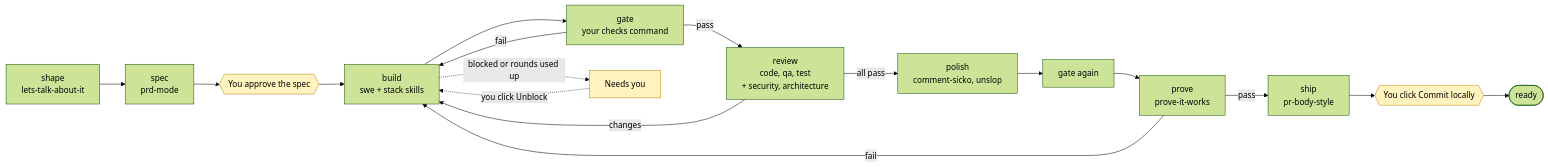
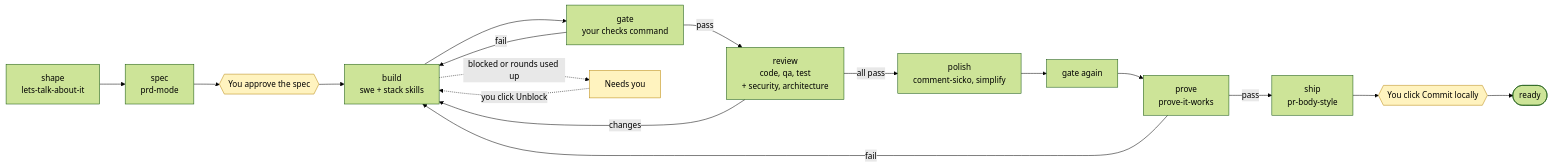
One commit to ChristopherAlphonse/calphonse-skills changed the second of 3 diagrams in README.md. Above: the diagram before and after it, drawn with Mermaid (forest theme). The commit also changed other lines of this file and 23 other files, not shown here.

````diff
--- a/README.md
+++ b/README.md
@@ -93,22 +93,22 @@
 ```mermaid
 flowchart LR
     shape["shape<br/>lets-talk-about-it"] --> spec["spec<br/>prd-mode"]
     spec --> approve{{"You approve the spec"}}
     approve --> build["build<br/>swe + stack skills"]
     build --> gate1["gate<br/>your checks command"]
     gate1 -->|"fail"| build
     gate1-->|"pass"| review["review<br/>code, qa, test<br/>+ security, architecture"]
     review -->|"changes"| build
-    review -->|"all pass"| polish["polish<br/>comment-sicko, unslop"]
+    review -->|"all pass"| polish["polish<br/>comment-sicko, simplify"]
     polish --> gate2["gate again"]
     gate2 --> prove["prove<br/>prove-it-works"]
     prove -->|"fail"| build
     prove -->|"pass"| ship["ship<br/>pr-body-style"]
     ship --> commit{{"You click Commit locally"}}
     commit --> ready(["ready"])
     build -.->|"blocked or rounds used up"| human["Needs you"]
     human -.->|"you click Unblock"| build
 
     classDef you fill:#fff3bf,stroke:#b8860b,color:#000
     class approve,commit,human you
 ```
````
